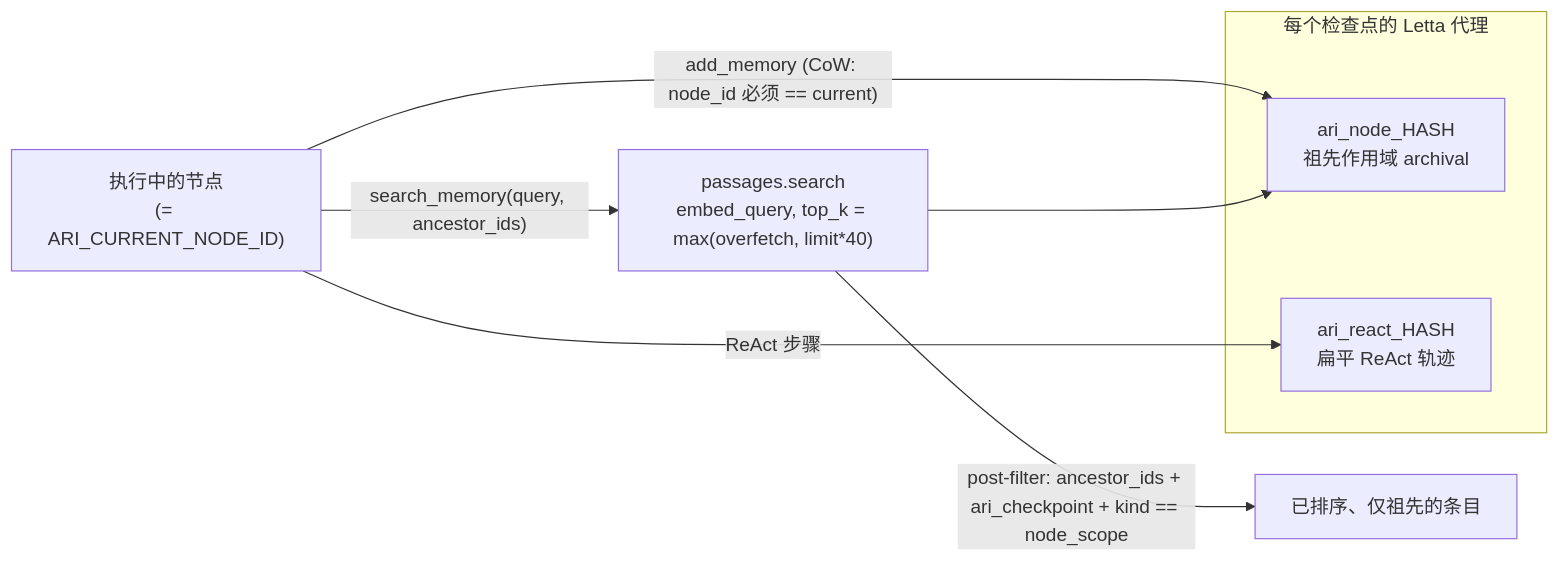
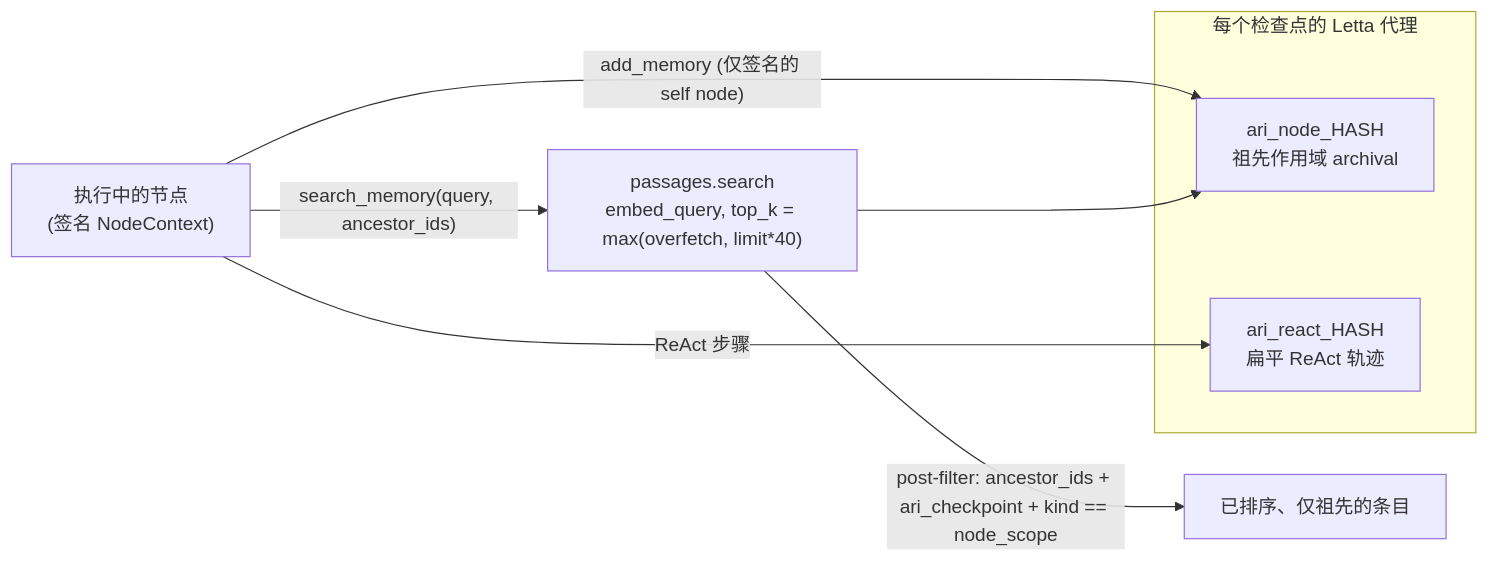
One commit to kotama7/ARI changed the diagram in docs/zh/concepts/memory.md. Above: the diagram before and after it, drawn with Mermaid. The commit also changed other lines of this file and 96 other files, not shown here.

````diff
--- a/docs/zh/concepts/memory.md
+++ b/docs/zh/concepts/memory.md
@@ -33,13 +33,13 @@
 ```mermaid
 flowchart LR
-    node["执行中的节点<br/>(= ARI_CURRENT_NODE_ID)"]
+    node["执行中的节点<br/>(签名 NodeContext)"]
     subgraph letta["每个检查点的 Letta 代理"]
         nodecol["ari_node_HASH<br/>祖先作用域 archival"]
         reactcol["ari_react_HASH<br/>扁平 ReAct 轨迹"]
     end
-    node -->|"add_memory (CoW: node_id 必须 == current)"| nodecol
+    node -->|"add_memory (仅签名的 self node)"| nodecol
     node -->|"ReAct 步骤"| reactcol
     node -->|"search_memory(query, ancestor_ids)"| search["passages.search<br/>embed_query, top_k = max(overfetch, limit*40)"]
     search --> nodecol
     search -->|"post-filter: ancestor_ids + ari_checkpoint + kind == node_scope"| result["已排序、仅祖先的条目"]
 ```
````
